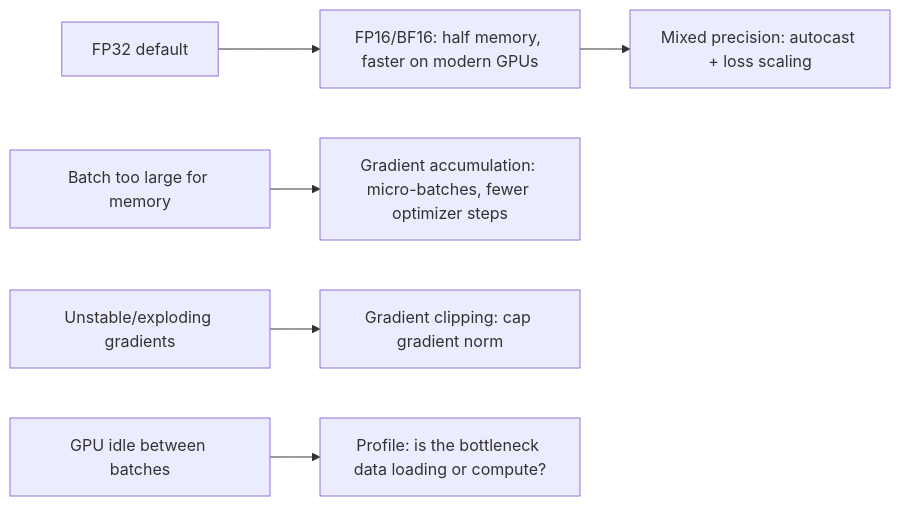
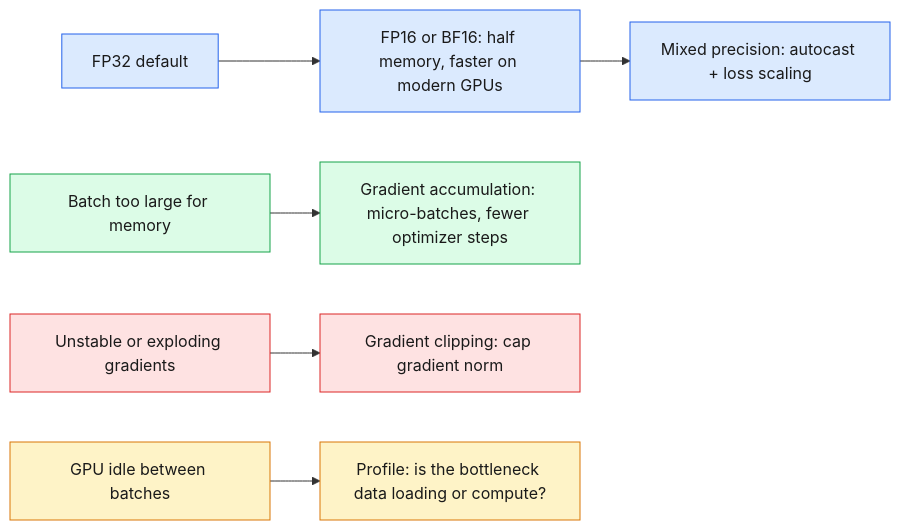
The first of 2 diagrams in day03_deep_learning/23_pytorch_performance/README.md (bhanu-prakash12/ai-ml-engineer-fundamentals), drawn with Mermaid before and after one commit. The commit also changed other lines of this file and 68 other files, not shown here.

````diff
--- a/day03_deep_learning/23_pytorch_performance/README.md
+++ b/day03_deep_learning/23_pytorch_performance/README.md
@@ -34,8 +73,16 @@
 ```mermaid
 flowchart LR
-  A[FP32 default] --> B[FP16/BF16: half memory, faster on modern GPUs]
-  B --> C[Mixed precision: autocast + loss scaling]
-  D[Batch too large for memory] --> E[Gradient accumulation: micro-batches, fewer optimizer steps]
-  F[Unstable/exploding gradients] --> G[Gradient clipping: cap gradient norm]
-  H[GPU idle between batches] --> I[Profile: is the bottleneck data loading or compute?]
+  A["FP32 default"] --> B["FP16 or BF16: half memory, faster on modern GPUs"]
+  B --> C["Mixed precision: autocast + loss scaling"]
+  D["Batch too large for memory"] --> E["Gradient accumulation: micro-batches, fewer optimizer steps"]
+  F["Unstable or exploding gradients"] --> G["Gradient clipping: cap gradient norm"]
+  H["GPU idle between batches"] --> I["Profile: is the bottleneck data loading or compute?"]
+  classDef prec fill:#DBEAFE,stroke:#2563EB,color:#1a1a1a;
+  classDef mem fill:#DCFCE7,stroke:#16A34A,color:#1a1a1a;
+  classDef stab fill:#FEE2E2,stroke:#DC2626,color:#1a1a1a;
+  classDef meas fill:#FEF3C7,stroke:#D97706,color:#1a1a1a;
+  class A,B,C prec;
+  class D,E mem;
+  class F,G stab;
+  class H,I meas;
 ```
````
